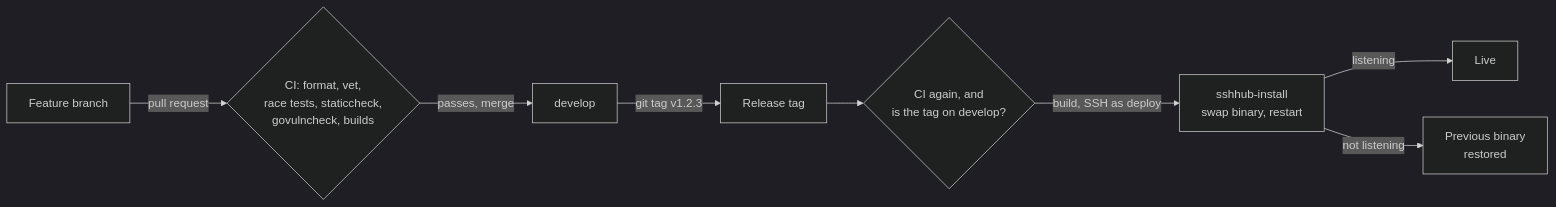
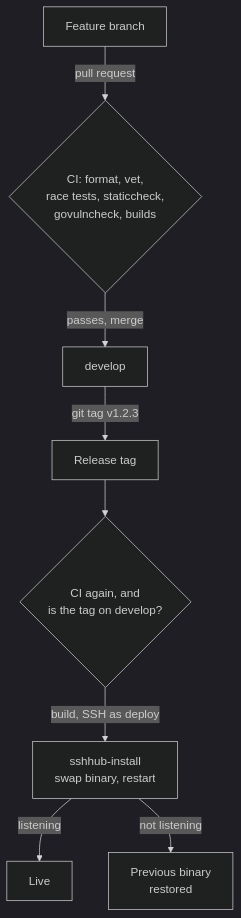
The third of 3 diagrams in README.md (Dimitry4Now/sshhub), drawn with Mermaid (dark theme) before and after one commit. The commit also changed other lines of this file, not shown here.

Commit message:
docs: narrower diagrams so GitHub's diagram buttons don't cover them

````diff
--- a/README.md
+++ b/README.md
@@ -166,10 +166,10 @@
 ```mermaid
-flowchart LR
+flowchart TB
     branch["Feature branch"] -->|"pull request"| ci{"CI: format, vet,<br/>race tests, staticcheck,<br/>govulncheck, builds"}
     ci -->|"passes, merge"| develop["develop"]
     develop -->|"git tag v1.2.3"| tag["Release tag"]
     tag --> ci2{"CI again, and<br/>is the tag on develop?"}
     ci2 -->|"build, SSH as deploy"| install["sshhub-install<br/>swap binary, restart"]
     install -->|"listening"| live["Live"]
     install -->|"not listening"| rollback["Previous binary<br/>restored"]
 ```
````
